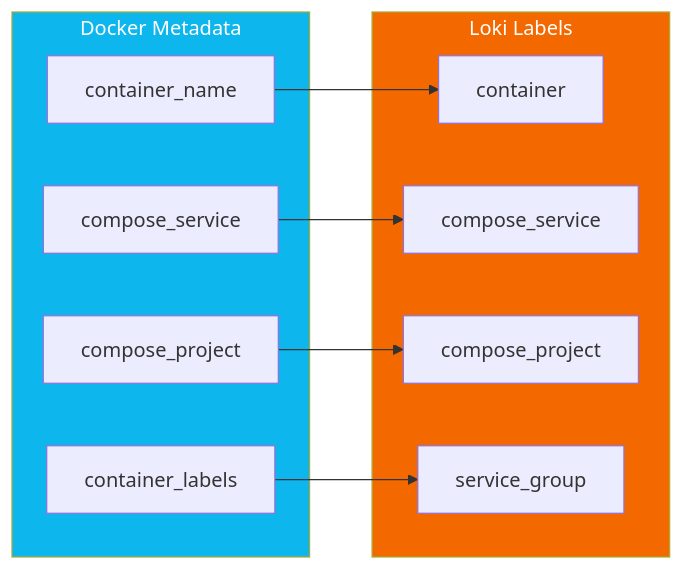
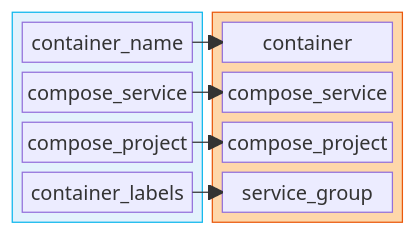
Before and after one commit to Mykyta-Home-Server/homeserver: the third of 3 diagrams in docs-site/src/content/docs/guides/monitoring.mdx, drawn with Mermaid. The commit also changed other lines of this file and 2 other files, not shown here.

First line of the commit message:
Redesign all Mermaid diagrams using block and architecture syntax

````diff
--- a/docs-site/src/content/docs/guides/monitoring.mdx
+++ b/docs-site/src/content/docs/guides/monitoring.mdx
@@ -148,24 +165,28 @@
 ```mermaid
-flowchart LR
-    subgraph Docker["Docker Metadata"]
-        Name[container_name]
-        Service[compose_service]
-        Project[compose_project]
-        Labels[container_labels]
+block-beta
+    columns 2
+
+    block:docker:1
+        columns 1
+        d1["container_name"]
+        d2["compose_service"]
+        d3["compose_project"]
+        d4["container_labels"]
     end
 
-    subgraph Loki["Loki Labels"]
-        L1[container]
-        L2[compose_service]
-        L3[compose_project]
-        L4[service_group]
+    block:loki:1
+        columns 1
+        l1["container"]
+        l2["compose_service"]
+        l3["compose_project"]
+        l4["service_group"]
     end
 
-    Name --> L1
-    Service --> L2
-    Project --> L3
-    Labels --> L4
+    d1 --> l1
+    d2 --> l2
+    d3 --> l3
+    d4 --> l4
 
-    style Docker fill:#0db7ed,color:#fff
-    style Loki fill:#f46800,color:#fff
+    style docker fill:#e3f2fd,stroke:#0db7ed
+    style loki fill:#fed7aa,stroke:#ea580c
 ```
````
